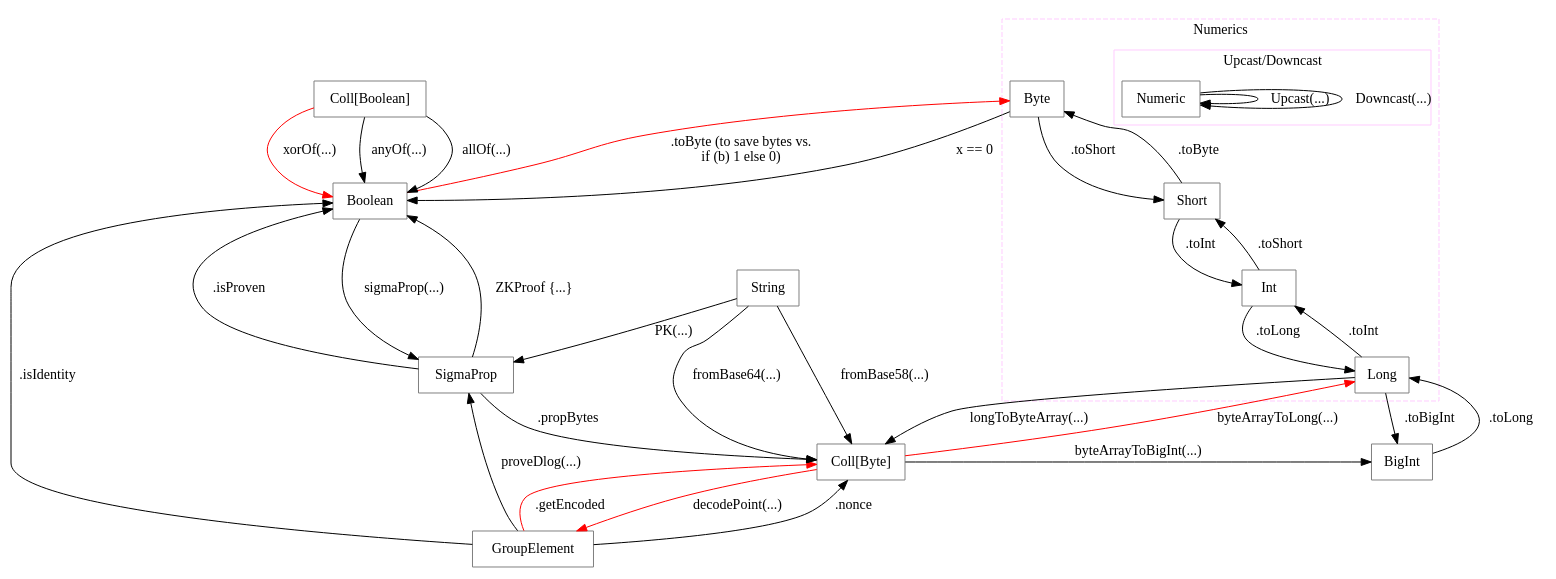
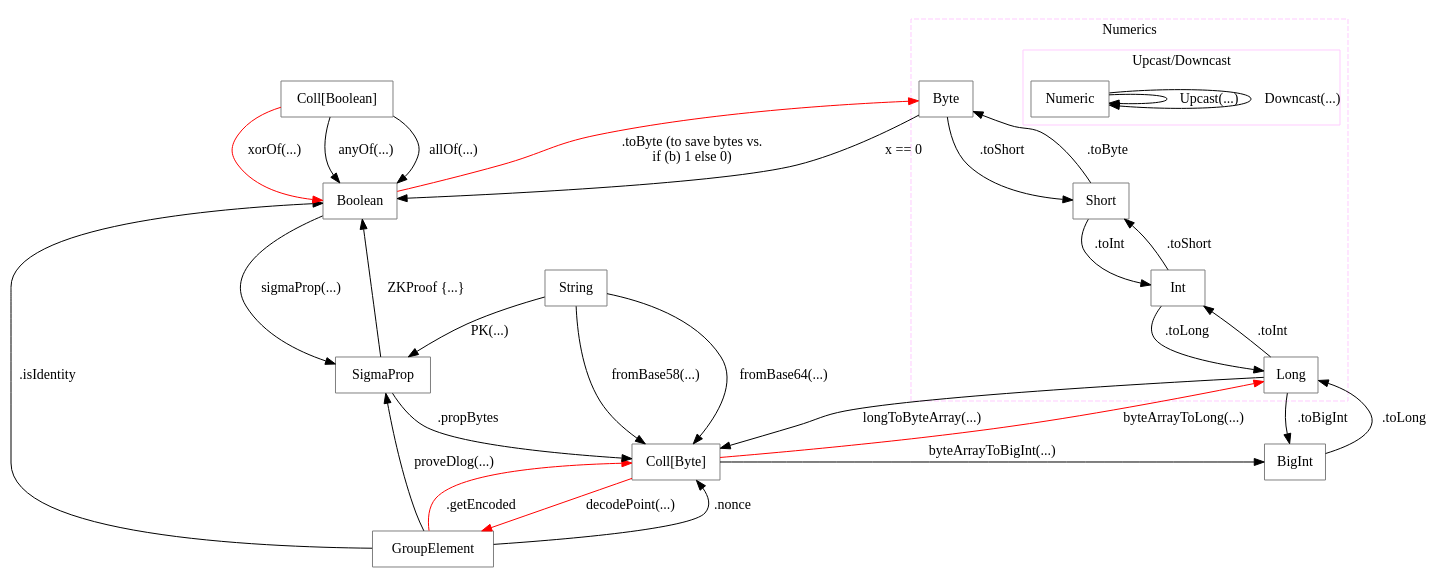
Before and after one commit to ScorexFoundation/sigmastate-interpreter: the diagram in docs/conversions.dot, drawn with Graphviz. The commit also changed 4 other files, not shown here.

```diff
--- a/docs/conversions.dot
+++ b/docs/conversions.dot
@@ -1,72 +1,71 @@
 digraph conversions {
     nodesep=0.8
     K=0.6
     concentrate=false
     node [shape=box, color=gray, style=filled, fillcolor=white] 
 
     Boolean -> Byte [label=" .toByte (to save bytes vs. \n if (b) 1 else 0)" color=red] 
     Byte -> Boolean [label=" x == 0"]
 
     subgraph cluster_Numerics {
         style=dashed; color="#FFCCFF";label="Numerics";
         Byte -> Short [label=" .toShort "]
         // Byte -> Int [label=" .toInt "]
         // Byte -> Long [label=" .toLong "]
         // Byte -> BigInt [label=" .toBigInt "]
 
         Short -> Byte [label=" .toByte "]
         Short -> Int [label=" .toInt "]
         // Short -> Long [label=" .toLong "; weight=0]
         // Short -> BigInt [label=" .toBigInt "]
 
         // Int -> Byte [label=" .toByte "]
         Int -> Short [label=" .toShort "]
         Int -> Long [label=" .toLong "]
         // Int -> BigInt [label=" .toBigInt "]
 
         // Long -> Byte [label=" .toByte "]
         // Long -> Short [label=" .toShort "]
         Long -> Int [label=" .toInt "]
         Long -> BigInt [label=" .toBigInt "]
 
         // BigInt -> Byte [label=" .toByte "]
         // BigInt -> Short [label=" .toShort "]
         // BigInt -> Int [label=" .toInt "]
         BigInt -> Long [label=" .toLong "]
 
         subgraph cluster_NumericsCasts {
             style=xdashed; color="#FFCCFF";label="Upcast/Downcast";
 
             Numeric -> Numeric [label=" Upcast(...) "]
             Numeric -> Numeric [label=" Downcast(...) "]
         }
     }
 
     {rank=same; BigInt, Bytes }
     Bytes -> GroupElement [label=" decodePoint(...) ", color=red]
     Bytes -> BigInt [label=" byteArrayToBigInt(...) "]
     Bytes -> Long [label=" byteArrayToLong(...) ", color=red, weight=0]
     Long -> Bytes [label=" longToByteArray(...) "]
 
     Bits [ label="Coll[Boolean]" shape=box, color=gray, style=filled, fillcolor=white ]
     Bytes [ label="Coll[Byte]" shape=box, color=gray, style=filled, fillcolor=white ]
 
     Bits -> Boolean [label=" anyOf(...) " ]
     Bits -> Boolean [label=" allOf(...) " ]
     Bits -> Boolean [label=" xorOf(...) " color=red ]
 
     SigmaProp -> Boolean [label=" ZKProof {...} "]
-    SigmaProp -> Boolean [label=" .isProven "]
     SigmaProp -> Bytes [label=" .propBytes "]
     Boolean -> SigmaProp [label=" sigmaProp(...) "]
 
     GroupElement -> SigmaProp [label="proveDlog(...)"]
     GroupElement -> Boolean [label=".isIdentity"]
     GroupElement -> Bytes [label=".nonce"]
       //todo remove compressed flag, use GroupElementSerializer
     GroupElement -> Bytes [label=".getEncoded" color=red]
 
     String -> Bytes [label="fromBase58(...)"]
     String -> Bytes [label="fromBase64(...)"]
     String -> SigmaProp [label="PK(...)"]
 }
```
